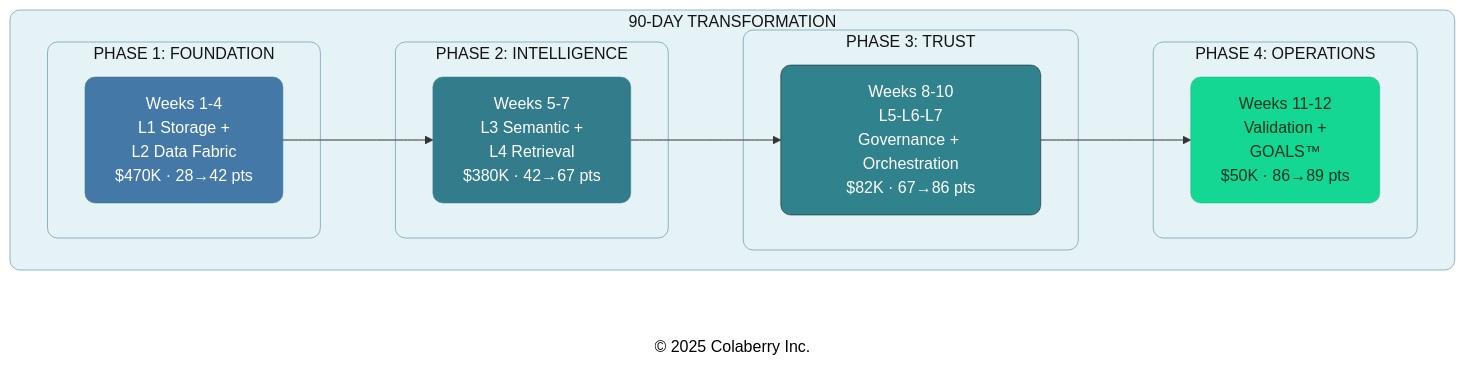
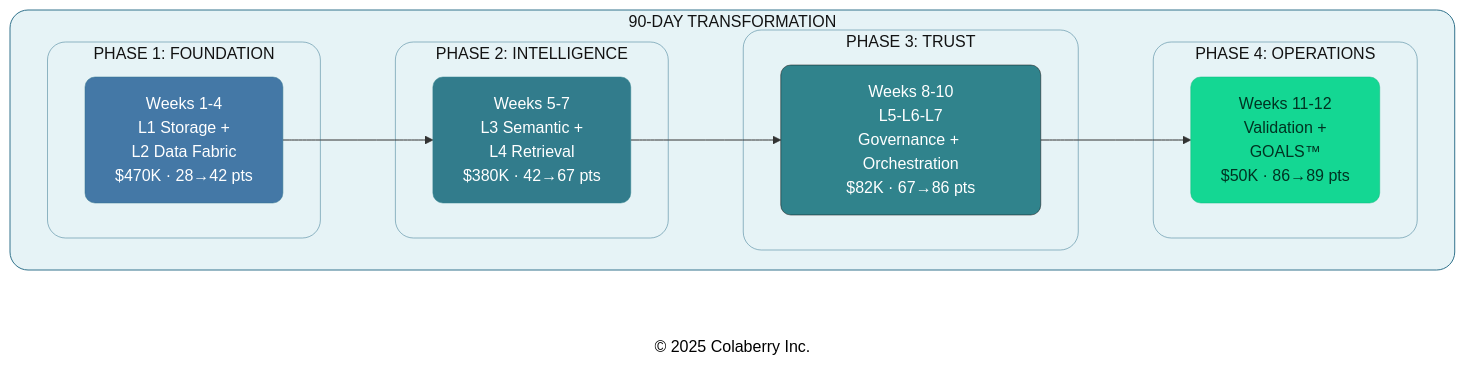
Before and after one commit to saitejesh-cyber/trust-before-intelligence-book: the second of 7 diagrams in manuscript/11_chapter_10_week_by_week_implementation.md, drawn with Mermaid. The commit also changed other lines of this file and 12 other files, not shown here.

````diff
--- a/manuscript/11_chapter_10_week_by_week_implementation.md
+++ b/manuscript/11_chapter_10_week_by_week_implementation.md
@@ -95,38 +95,38 @@
 ```mermaid
 
 graph LR
     subgraph JOURNEY["90-DAY TRANSFORMATION"]
         direction LR
         subgraph PHASE1["PHASE 1: FOUNDATION"]
             P1["Weeks 1-4<br/>L1 Storage +<br/> L2 Data Fabric<br/>$470K · 28→42 pts"]
         end
         
         subgraph PHASE2["PHASE 2: INTELLIGENCE"]
             P2["Weeks 5-7<br/>L3 Semantic +<br/> L4 Retrieval<br/>$380K · 42→67 pts"]
         end
         
         subgraph PHASE3["PHASE 3: TRUST"]
             P3["Weeks 8-10<br/>L5-L6-L7<br/>Governance + Orchestration<br/>$82K · 67→86 pts"]
         end
         
         subgraph PHASE4["PHASE 4: OPERATIONS"]
             P4["Weeks 11-12<br/>Validation +<br/> GOALS™<br/>$50K · 86→89 pts"]
         end
     end
     
     Copyright["© 2025 Colaberry Inc."]
     
     P1 --> P2 --> P3 --> P4
     
-    style JOURNEY fill:#E6F3F6,stroke:#32738C,stroke-width:0.5px,color:#121212,rx:10,ry:10
-    style PHASE1 fill:#E6F3F6,stroke:#32738C,stroke-width:0.5px,color:#121212,rx:10,ry:10
-    style PHASE2 fill:#E6F3F6,stroke:#32738C,stroke-width:0.5px,color:#121212,rx:10,ry:10
-    style PHASE3 fill:#E6F3F6,stroke:#32738C,stroke-width:0.5px,color:#121212,rx:10,ry:10
-    style PHASE4 fill:#E6F3F6,stroke:#32738C,stroke-width:0.5px,color:#121212,rx:10,ry:10
+    style JOURNEY fill:#E6F3F6,stroke:#32738C,stroke-width:1px,color:#121212,rx:18,ry:18
+    style PHASE1 fill:#E6F3F6,stroke:#32738C,stroke-width:0.5px,color:#121212,rx:18,ry:18
+    style PHASE2 fill:#E6F3F6,stroke:#32738C,stroke-width:0.5px,color:#121212,rx:18,ry:18
+    style PHASE3 fill:#E6F3F6,stroke:#32738C,stroke-width:0.5px,color:#121212,rx:18,ry:18
+    style PHASE4 fill:#E6F3F6,stroke:#32738C,stroke-width:0.5px,color:#121212,rx:18,ry:18
     style P1 fill:#4478A6,stroke:#32738C,stroke-width:0.5px,color:#ffffff,rx:10,ry:10
     style P2 fill:#327C8C,stroke:#30838C,stroke-width:0.5px,color:#ffffff,rx:10,ry:10
     style P3 fill:#30838C,stroke:#0D0D0D,stroke-width:0.5px,color:#ffffff,rx:10,ry:10
     style P4 fill:#14D793,stroke:#0FB67D,stroke-width:0.5px,color:#003322,rx:10,ry:10
     style Copyright fill:none,stroke:none,color:#000000
 
 ```
````
